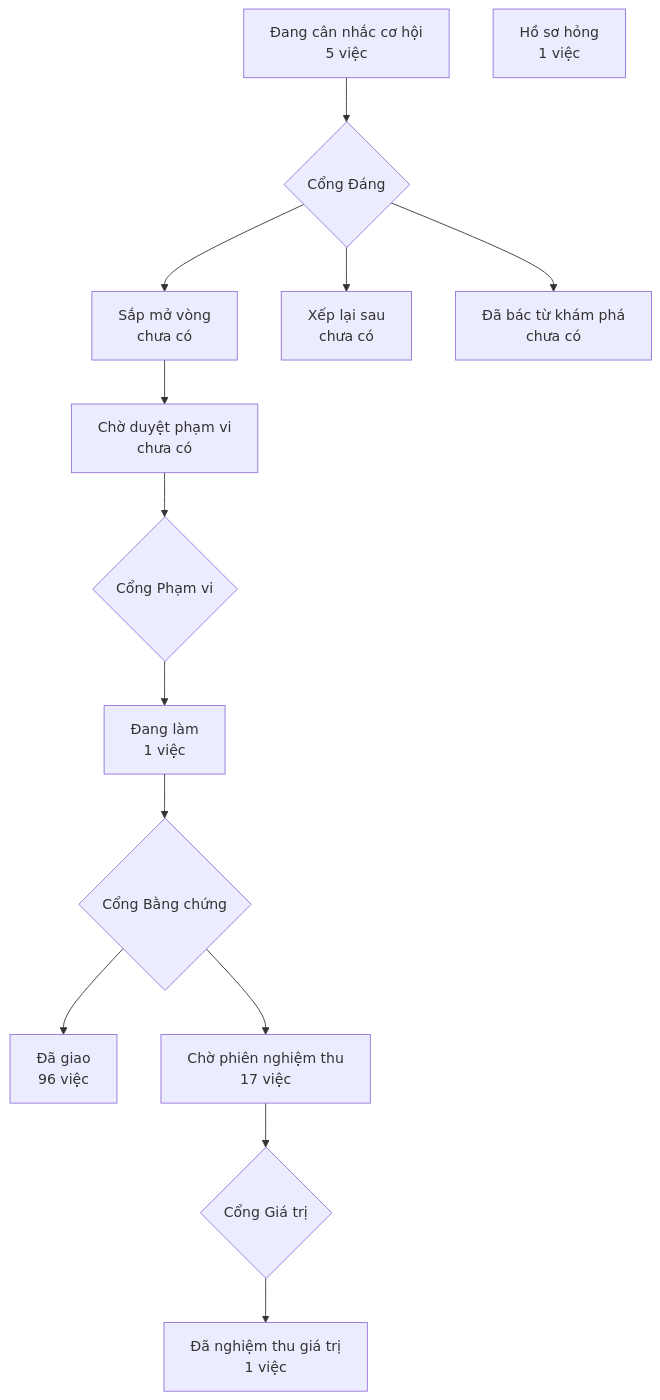
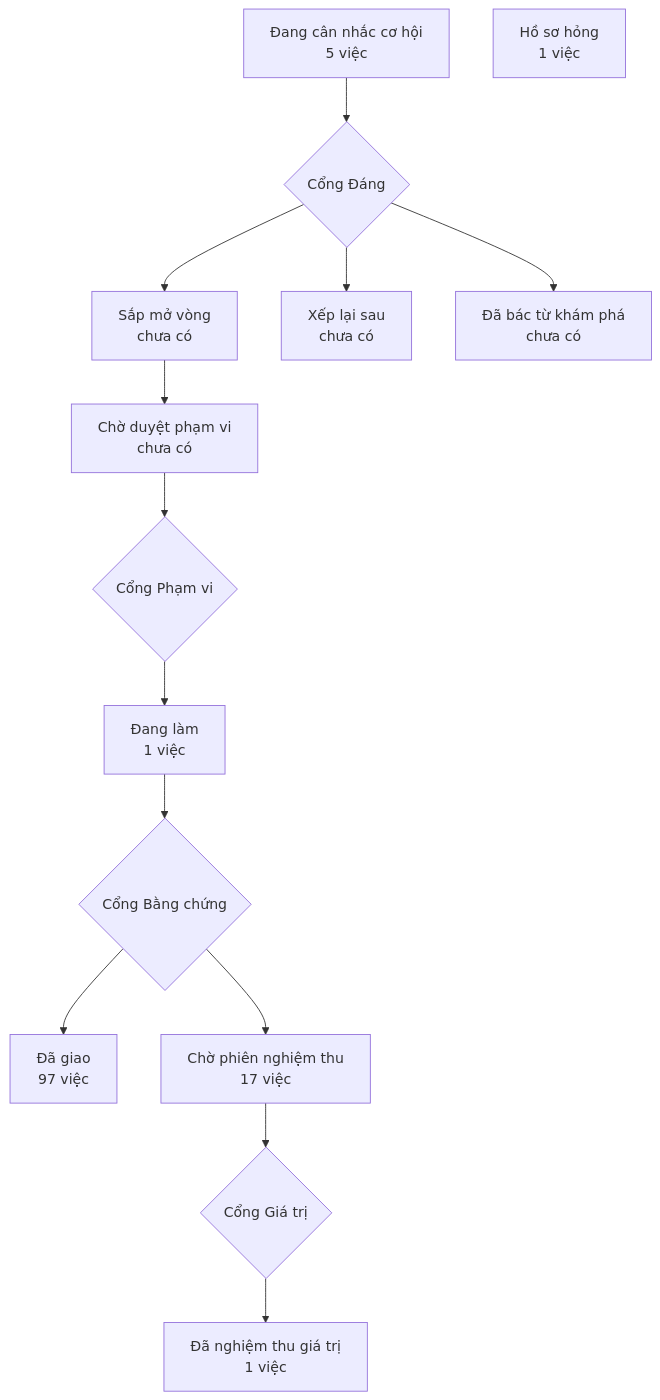
One commit to phanlemanh/crm-onehub changed the diagram in PRODUCT-MAP.md. Above: the diagram before and after it, drawn with Mermaid. The commit also changed other lines of this file and 3 other files, not shown here.

````diff
--- a/PRODUCT-MAP.md
+++ b/PRODUCT-MAP.md
@@ -6,13 +6,13 @@
 ```mermaid
 flowchart TD
   A["Đang cân nhắc cơ hội<br/>5 việc"] --> GD{"Cổng Đáng"}
   GD --> B["Sắp mở vòng<br/>chưa có"]
   GD --> XL["Xếp lại sau<br/>chưa có"]
   GD --> DB["Đã bác từ khám phá<br/>chưa có"]
   B --> CD["Chờ duyệt phạm vi<br/>chưa có"] --> GP{"Cổng Phạm vi"}
   GP --> DL["Đang làm<br/>1 việc"] --> GB{"Cổng Bằng chứng"}
-  GB --> DG["Đã giao<br/>96 việc"]
+  GB --> DG["Đã giao<br/>97 việc"]
   GB --> CN["Chờ phiên nghiệm thu<br/>17 việc"] --> GG{"Cổng Giá trị"}
   GG --> NT["Đã nghiệm thu giá trị<br/>1 việc"]
   HS["Hồ sơ hỏng<br/>1 việc"]
 ```
````
